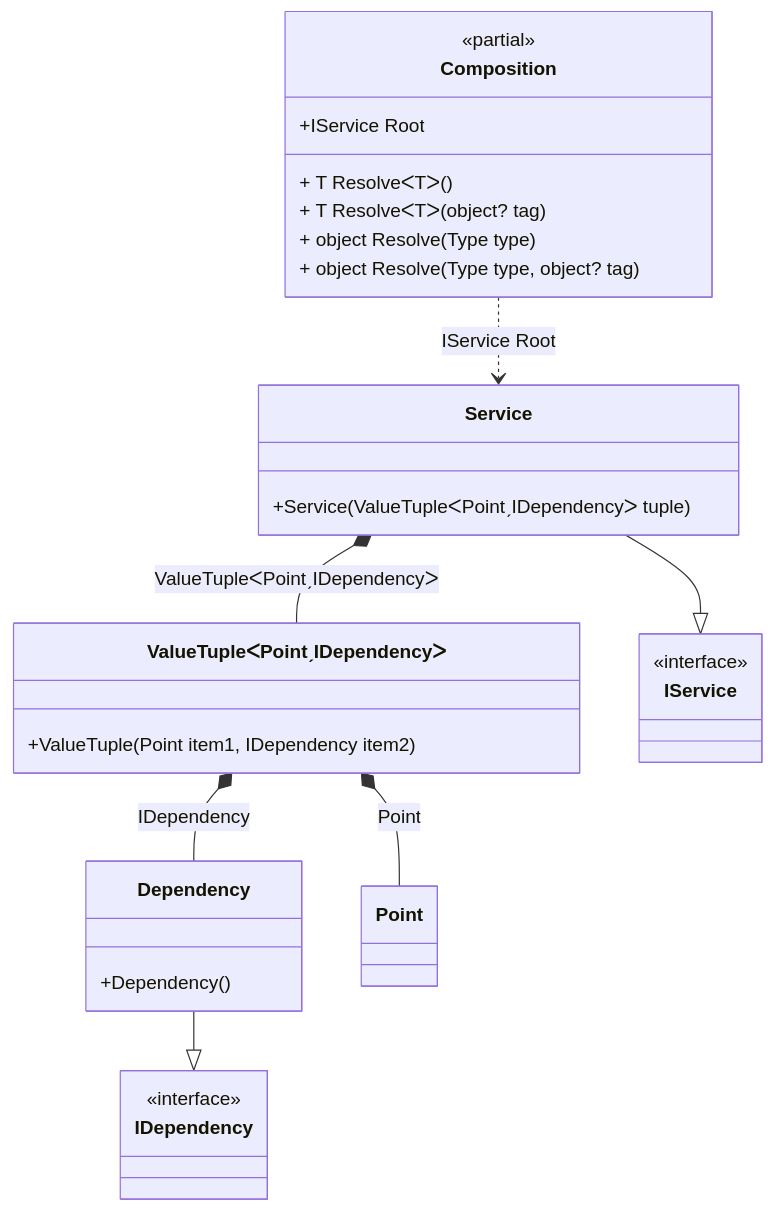
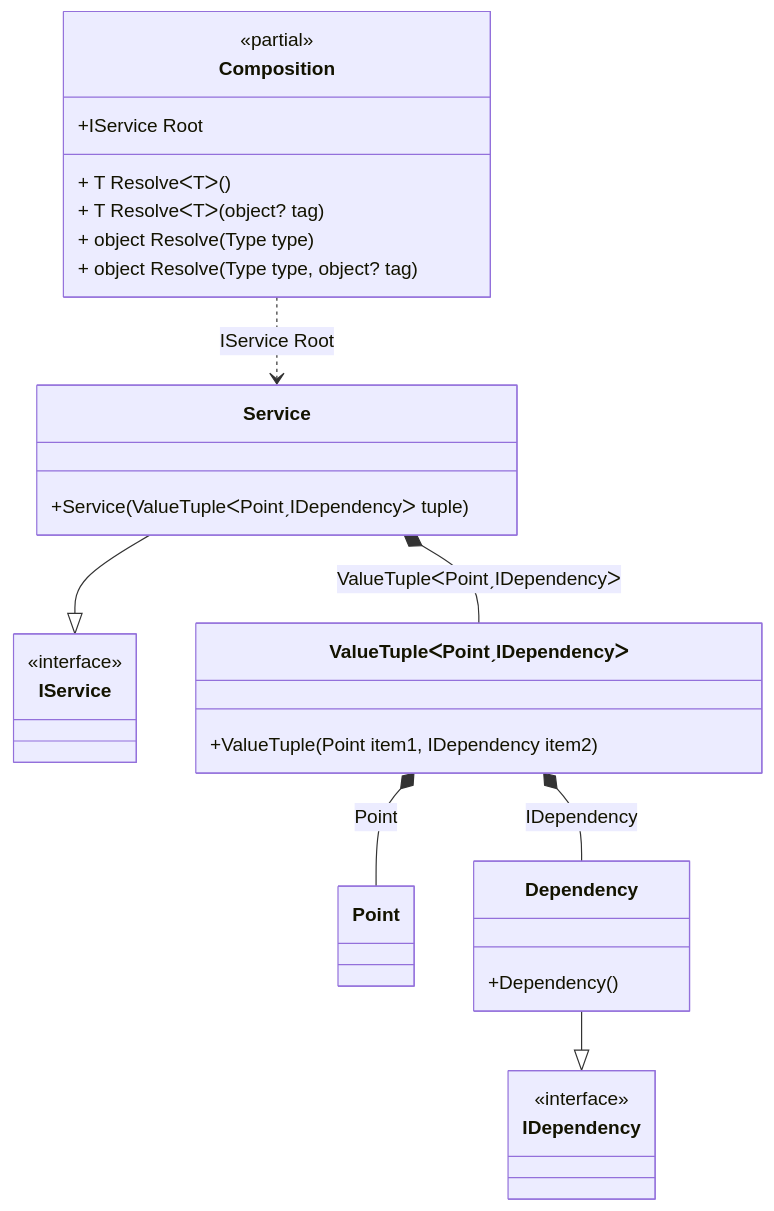
The diagram in readme/tuple.md (DevTeam/Pure.DI), drawn with Mermaid before and after one commit. The commit also changed other lines of this file and 92 other files, not shown here.

````diff
--- a/readme/tuple.md
+++ b/readme/tuple.md
@@ -183,33 +183,33 @@
 ```mermaid
 classDiagram
 	class Composition {
 		<<partial>>
 		+IService Root
 		+ T ResolveᐸTᐳ()
 		+ T ResolveᐸTᐳ(object? tag)
 		+ object Resolve(Type type)
 		+ object Resolve(Type type, object? tag)
 	}
+	Service --|> IService
+	class Service {
+		+Service(ValueTupleᐸPointˏIDependencyᐳ tuple)
+	}
 	class ValueTupleᐸPointˏIDependencyᐳ {
 		+ValueTuple(Point item1, IDependency item2)
 	}
+	class Point
 	Dependency --|> IDependency
 	class Dependency {
 		+Dependency()
 	}
-	class Point
-	Service --|> IService
-	class Service {
-		+Service(ValueTupleᐸPointˏIDependencyᐳ tuple)
+	class IService {
+		<<interface>>
 	}
 	class IDependency {
 		<<interface>>
 	}
-	class IService {
-		<<interface>>
-	}
+	Composition ..> Service : IService Root
+	Service *--  ValueTupleᐸPointˏIDependencyᐳ : ValueTupleᐸPointˏIDependencyᐳ
 	ValueTupleᐸPointˏIDependencyᐳ *--  Point : Point
 	ValueTupleᐸPointˏIDependencyᐳ *--  Dependency : IDependency
-	Composition ..> Service : IService Root
-	Service *--  ValueTupleᐸPointˏIDependencyᐳ : ValueTupleᐸPointˏIDependencyᐳ
 ```
````
